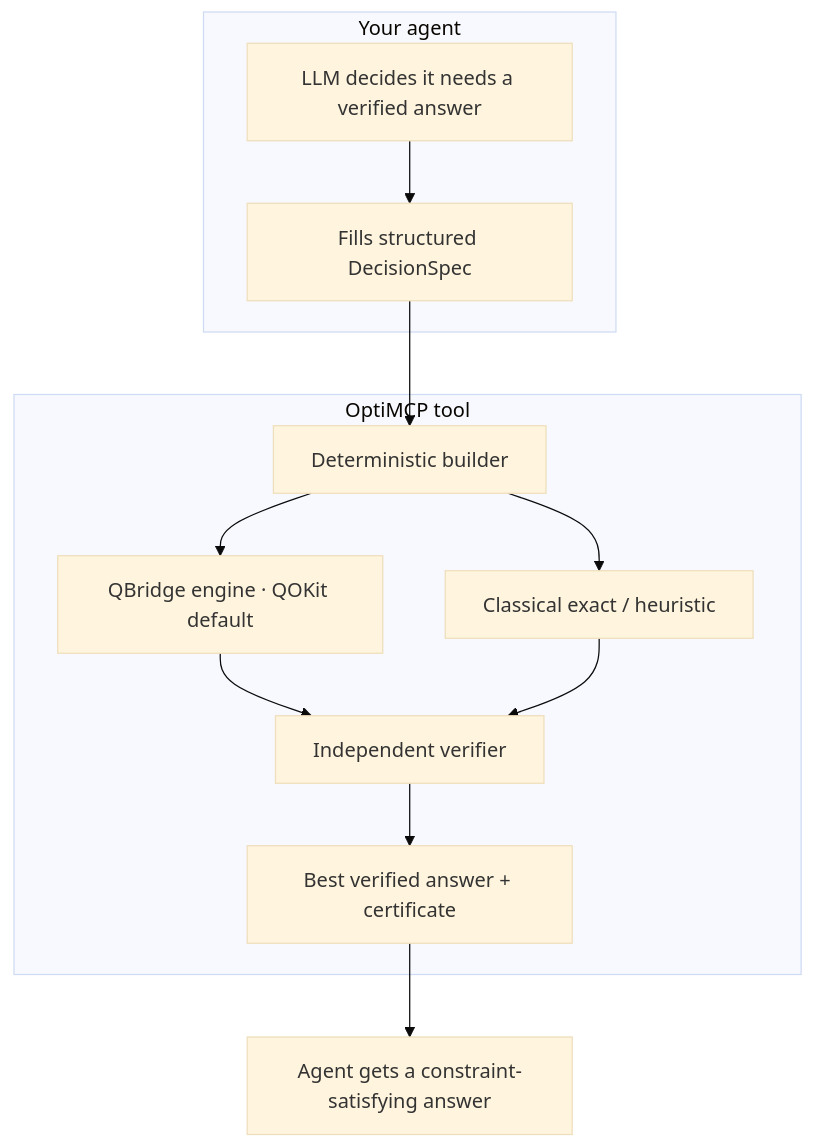
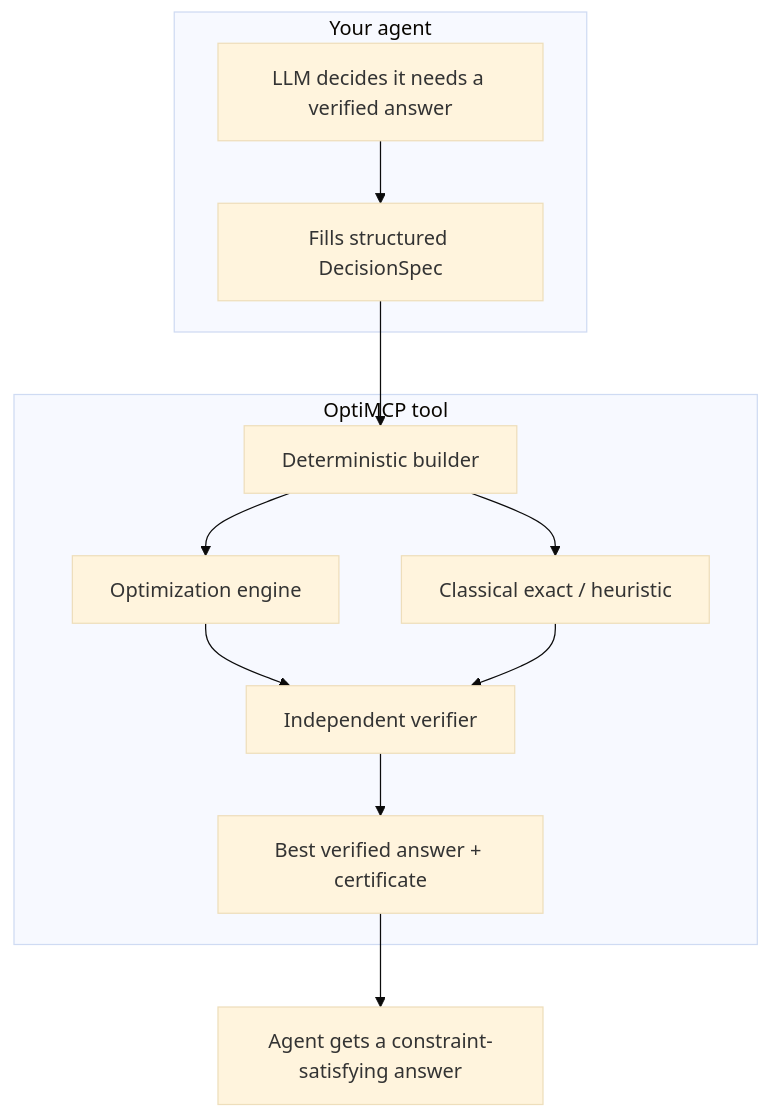
The first of 2 diagrams in README.md (ProfessionalQwerty/OptiMCP), drawn with Mermaid (base theme) before and after one commit. The commit also changed other lines of this file and 1 other file, not shown here.

Commit message:
docs: add worked dual-engine example; scrub internal engine name from README

````diff
--- a/README.md
+++ b/README.md
@@ -18,15 +18,15 @@
 ```mermaid
 flowchart TB
   subgraph agent [Your agent]
     LLM[LLM decides it needs a verified answer] --> Spec[Fills structured DecisionSpec]
   end
   subgraph OptiMCP [OptiMCP tool]
     Spec --> Build[Deterministic builder]
-    Build --> Engine[QBridge engine · QOKit default]
+    Build --> Engine[Optimization engine]
     Build --> Classical[Classical exact / heuristic]
     Engine --> Verify[Independent verifier]
     Classical --> Verify
     Verify --> Best[Best verified answer + certificate]
   end
   Best --> LLM2[Agent gets a constraint-satisfying answer]
 ```
````
